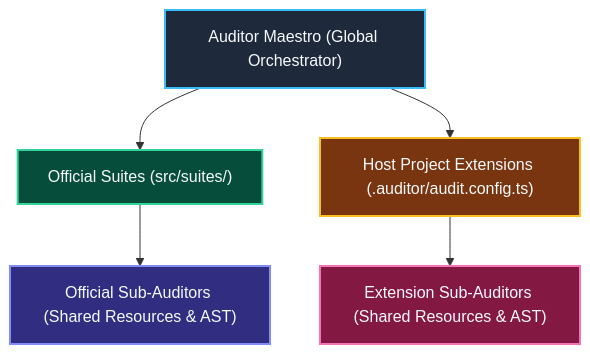
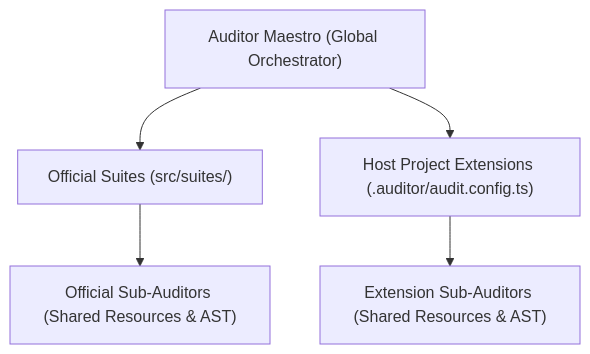
The first of 2 diagrams in .agents/skills/auditor/SKILL.md (francogp/auditor), drawn with Mermaid before and after one commit. The commit also changed other lines of this file and 14 other files, not shown here.

````diff
--- a/.agents/skills/auditor/SKILL.md
+++ b/.agents/skills/auditor/SKILL.md
@@ -24,13 +24,7 @@
 ```mermaid
 graph TD
   M["Auditor Maestro (Global Orchestrator)"] --> O["Official Suites (src/suites/)"]
   M --> E["Host Project Extensions (.auditor/audit.config.ts)"]
   O --> SO["Official Sub-Auditors (Shared Resources & AST)"]
   E --> SE["Extension Sub-Auditors (Shared Resources & AST)"]
-
-  style M fill:#1e293b,stroke:#38bdf8,stroke-width:2px,color:#f8fafc
-  style O fill:#064e3b,stroke:#34d399,stroke-width:2px,color:#f8fafc
-  style E fill:#78350f,stroke:#fbbf24,stroke-width:2px,color:#f8fafc
-  style SO fill:#312e81,stroke:#818cf8,stroke-width:2px,color:#f8fafc
-  style SE fill:#831843,stroke:#f472b6,stroke-width:2px,color:#f8fafc
 ```
````
